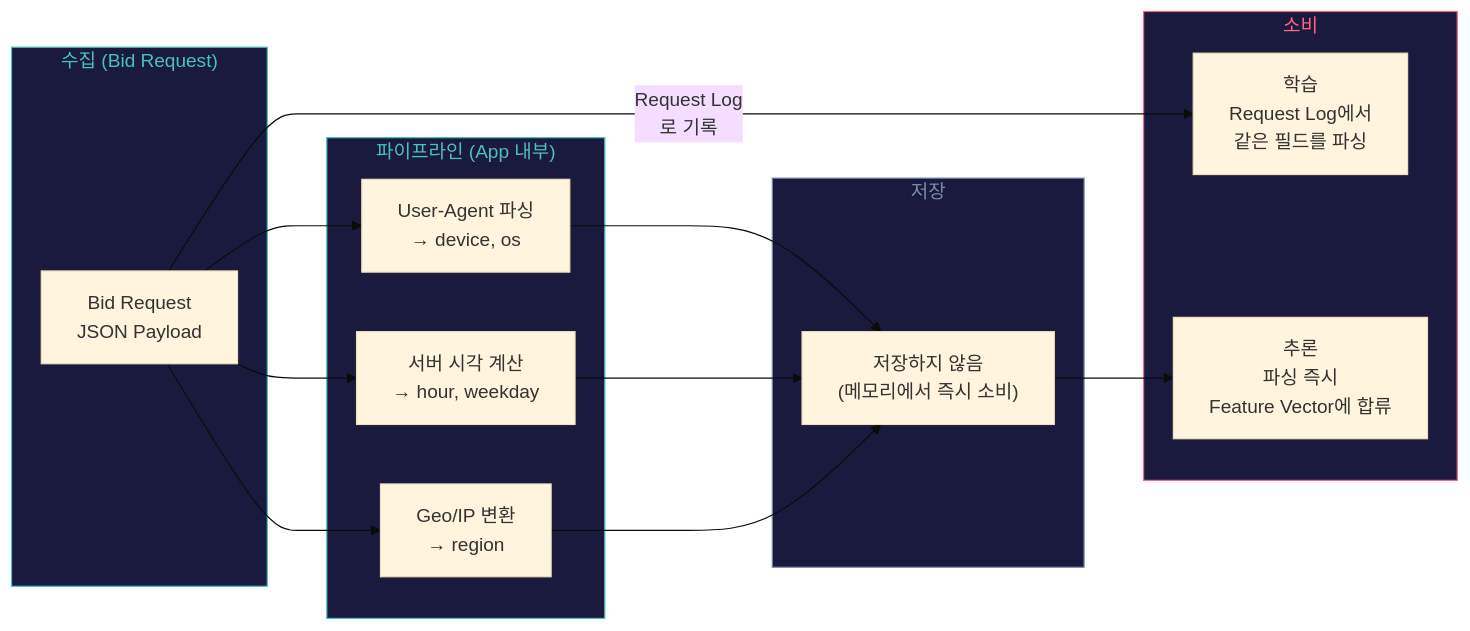
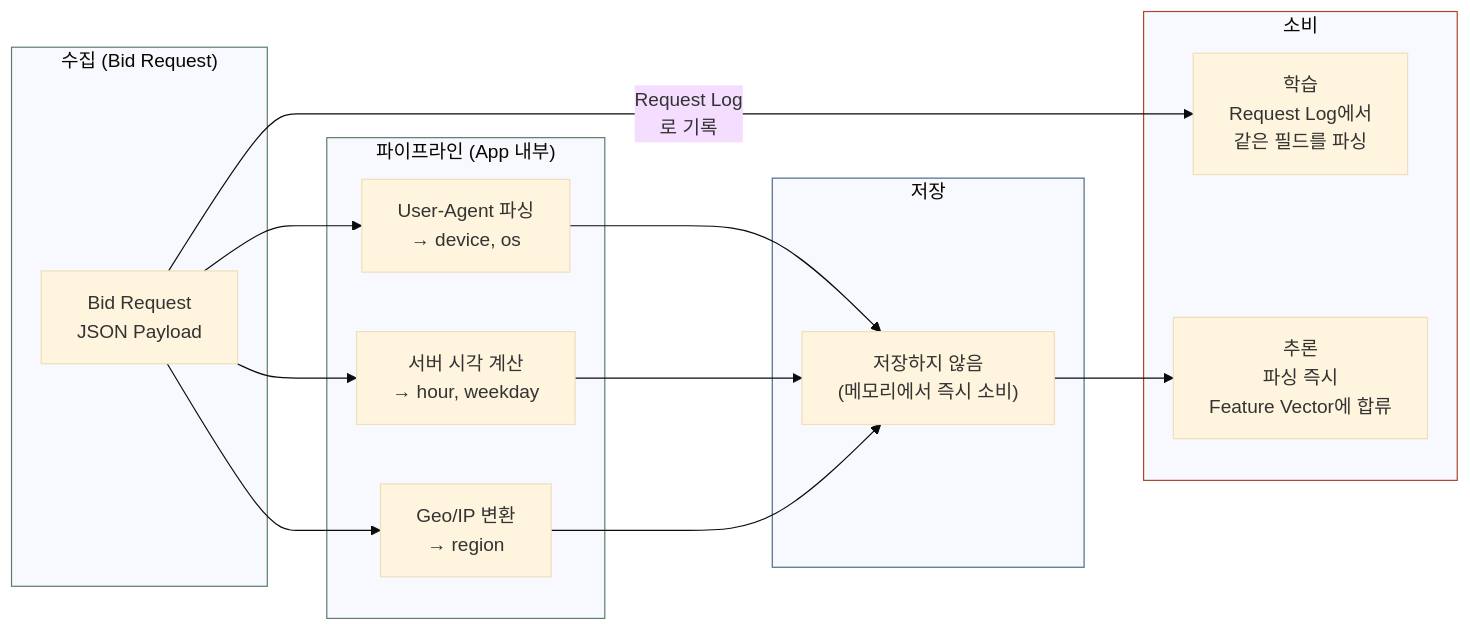
One commit to chkimsu/adtech-blog changed the third of 3 diagrams in posts/feature-store-serving.md. Above: the diagram before and after it, drawn with Mermaid (base theme). The commit also changed other lines of this file and 40 other files, not shown here.

````diff
--- a/posts/feature-store-serving.md
+++ b/posts/feature-store-serving.md
@@ -528,35 +528,35 @@
 ```mermaid
 flowchart LR
     subgraph 수집["수집 (Bid Request)"]
         BR["Bid Request<br/>JSON Payload"]
     end
 
     subgraph 파이프라인["파이프라인 (App 내부)"]
         P3["User-Agent 파싱<br/>→ device, os"]
         P4["서버 시각 계산<br/>→ hour, weekday"]
         P5["Geo/IP 변환<br/>→ region"]
     end
 
     subgraph 저장["저장"]
         NS["저장하지 않음<br/>(메모리에서 즉시 소비)"]
     end
 
     subgraph 소비["소비"]
         TR3["학습<br/>Request Log에서<br/>같은 필드를 파싱"]
         INF3["추론<br/>파싱 즉시<br/>Feature Vector에 합류"]
     end
 
     BR --> P3
     BR --> P4
     BR --> P5
     P3 --> NS
     P4 --> NS
     P5 --> NS
     NS --> INF3
     BR -->|"Request Log<br/>로 기록"| TR3
 
-    style 수집 fill:#1a1a3e,stroke:#4bc0c0,color:#4bc0c0
-    style 파이프라인 fill:#1a1a3e,stroke:#4bc0c0,color:#4bc0c0
-    style 저장 fill:#1a1a3e,stroke:#7a8ba3,color:#7a8ba3
-    style 소비 fill:#1a1a3e,stroke:#ff6384,color:#ff6384
+    style 수집 stroke:#5b7d6a
+    style 파이프라인 stroke:#5b7d6a
+    style 저장 stroke:#4a6b8a
+    style 소비 stroke:#b0442c
 ```
````
